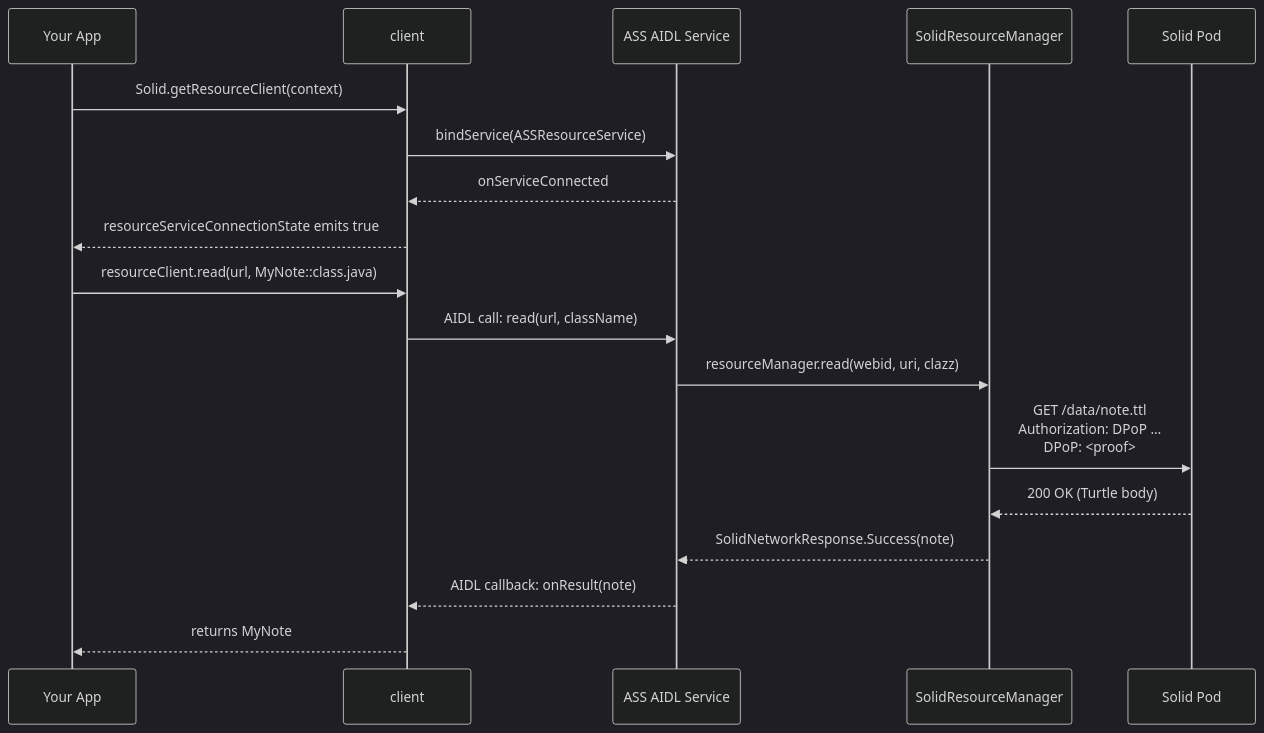
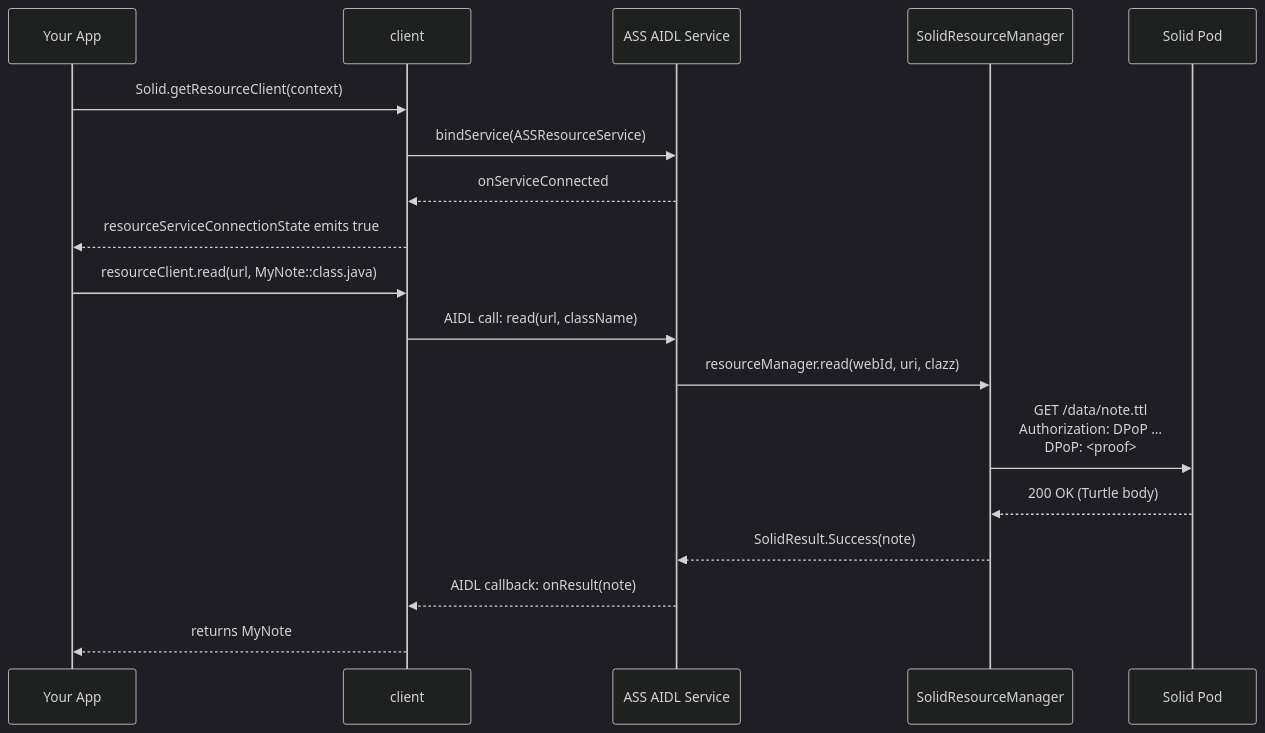
The third of 7 diagrams in docs/concepts.md (erfangholami/Android-Solid-Services), drawn with Mermaid (dark theme) before and after one commit. The commit also changed other lines of this file and 7 other files, not shown here.

````diff
--- a/docs/concepts.md
+++ b/docs/concepts.md
@@ -95,22 +95,22 @@
 ```mermaid
 sequenceDiagram
     participant App as Your App
     participant Client as client
     participant Binder as ASS AIDL Service
     participant RM as SolidResourceManager
     participant Pod as Solid Pod
 
     App->>Client: Solid.getResourceClient(context)
     Client->>Binder: bindService(ASSResourceService)
     Binder-->>Client: onServiceConnected
     Client-->>App: resourceServiceConnectionState emits true
 
     App->>Client: resourceClient.read(url, MyNote::class.java)
     Client->>Binder: AIDL call: read(url, className)
-    Binder->>RM: resourceManager.read(webid, uri, clazz)
+    Binder->>RM: resourceManager.read(webId, uri, clazz)
     RM->>Pod: GET /data/note.ttl<br/>Authorization: DPoP …<br/>DPoP: <proof>
     Pod-->>RM: 200 OK  (Turtle body)
-    RM-->>Binder: SolidNetworkResponse.Success(note)
+    RM-->>Binder: SolidResult.Success(note)
     Binder-->>Client: AIDL callback: onResult(note)
     Client-->>App: returns MyNote
 ```
````
